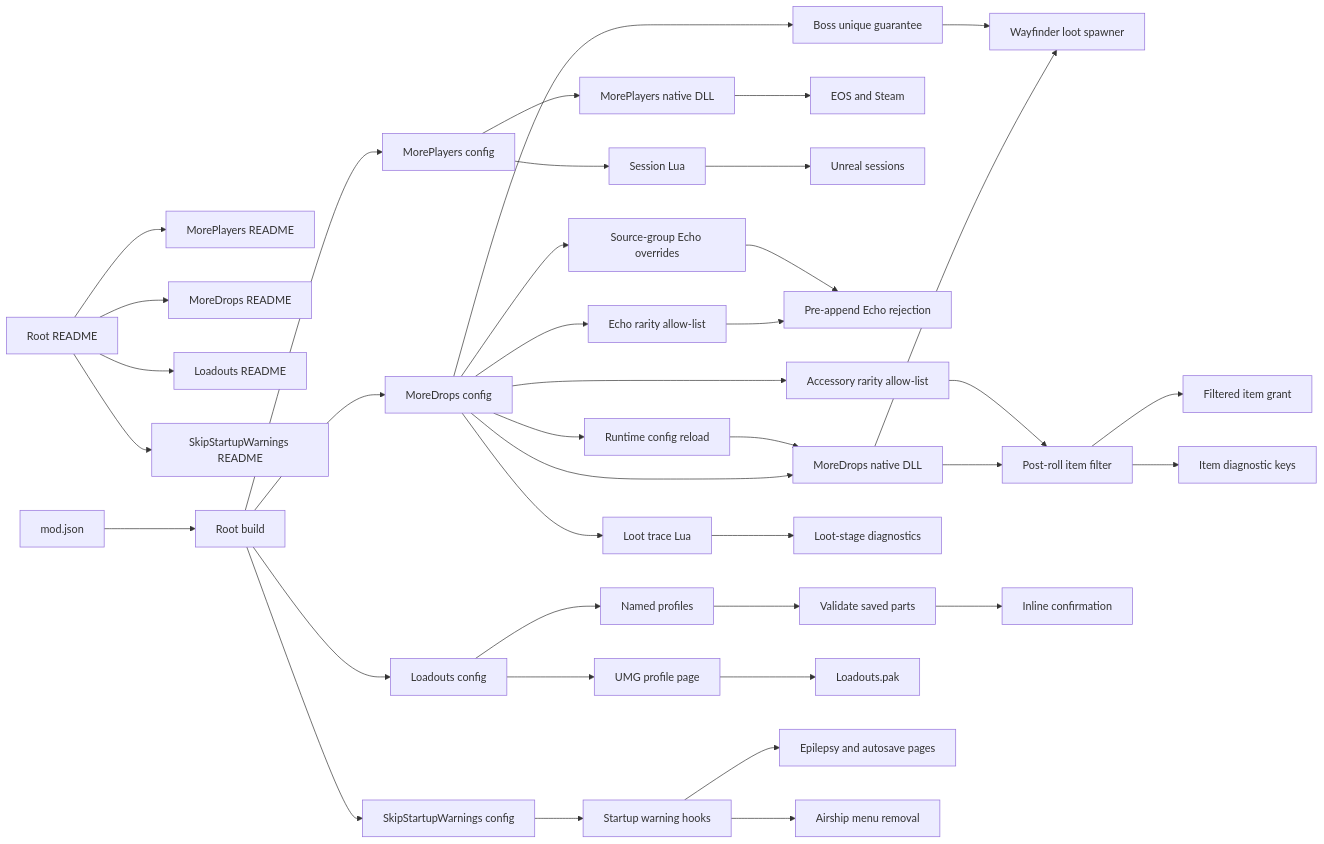
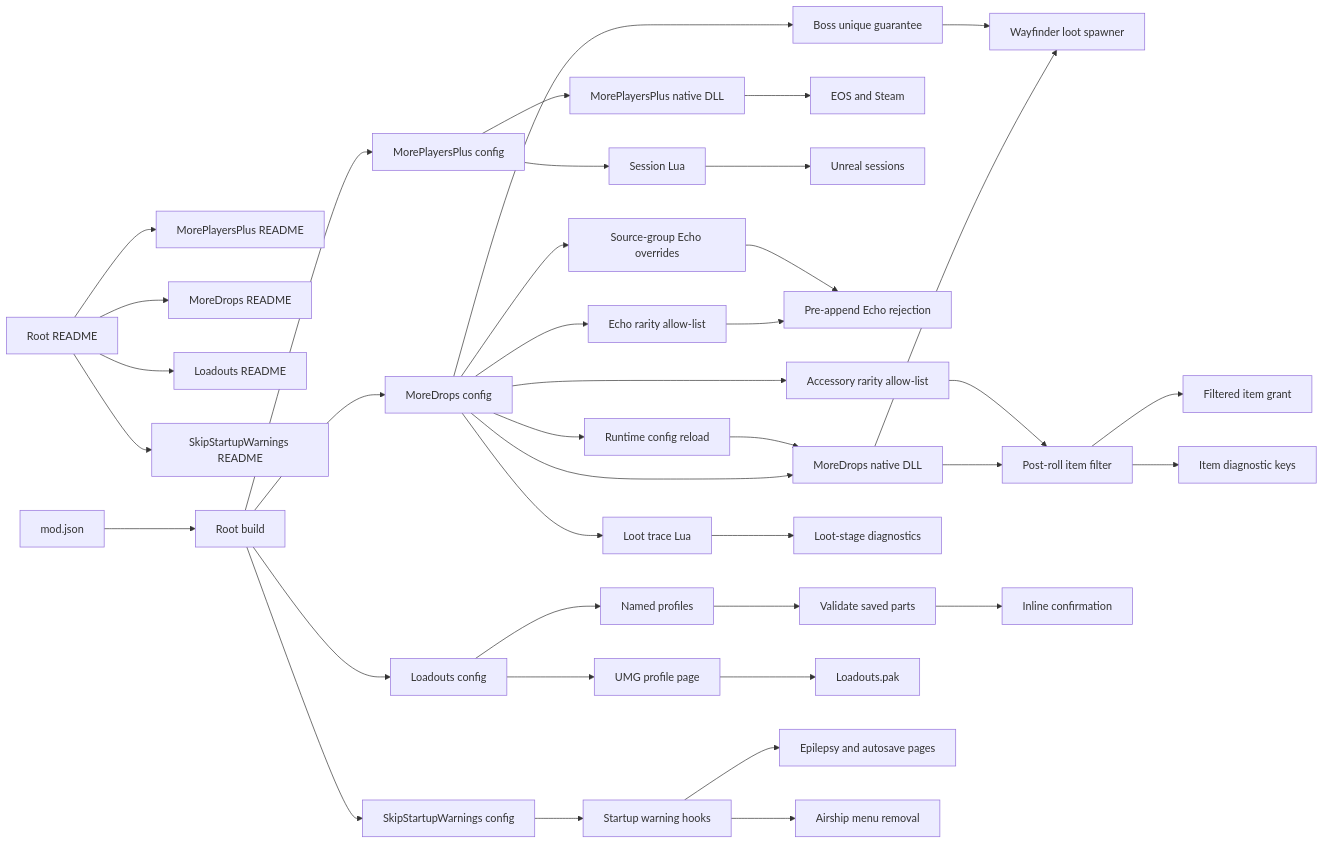
Before and after one commit to TheAngryByrd/Wayfinder-Mods: the diagram in lode/summary.md, drawn with Mermaid. The commit also changed other lines of this file and 29 other files, not shown here.

First line of the commit message:
Rename MorePlayers to MorePlayersPlus for the Nexus Mods release

````diff
--- a/lode/summary.md
+++ b/lode/summary.md
@@ -19,41 +19,41 @@
 ```mermaid
 flowchart LR
-    Catalog[Root README] --> Players[MorePlayers README]
+    Catalog[Root README] --> Players[MorePlayersPlus README]
     Catalog --> Drops[MoreDrops README]
     Catalog --> Loadouts[Loadouts README]
     Catalog --> Startup[SkipStartupWarnings README]
     Manifest[mod.json] --> Build[Root build]
-    Build --> PlayersConfig[MorePlayers config]
+    Build --> PlayersConfig[MorePlayersPlus config]
     Build --> DropsConfig[MoreDrops config]
     Build --> LoadoutsConfig[Loadouts config]
     Build --> StartupConfig[SkipStartupWarnings config]
-    PlayersConfig --> PlayerNative[MorePlayers native DLL]
+    PlayersConfig --> PlayerNative[MorePlayersPlus native DLL]
     PlayersConfig --> SessionLua[Session Lua]
     DropsConfig --> LootNative[MoreDrops native DLL]
     DropsConfig --> ConfigReload[Runtime config reload]
     ConfigReload --> LootNative
     DropsConfig --> LootLua[Loot trace Lua]
     PlayerNative --> Online[EOS and Steam]
     SessionLua --> Unreal[Unreal sessions]
     LootNative --> Spawner[Wayfinder loot spawner]
     LootNative --> ItemFilter[Post-roll item filter]
     ItemFilter --> ItemGrant[Filtered item grant]
     DropsConfig --> EchoSetting[Echo rarity allow-list]
     EchoSetting --> EchoReject[Pre-append Echo rejection]
     DropsConfig --> AccessorySetting[Accessory rarity allow-list]
     AccessorySetting --> ItemFilter
     DropsConfig --> BossSetting[Boss unique guarantee]
     BossSetting --> Spawner
     DropsConfig --> EchoOverride[Source-group Echo overrides]
     EchoOverride --> EchoReject
     ItemFilter --> ItemLog[Item diagnostic keys]
     LootLua --> Trace[Loot-stage diagnostics]
     LoadoutsConfig --> Profiles[Named profiles]
     Profiles --> Validate[Validate saved parts]
     Validate --> Confirm[Inline confirmation]
     LoadoutsConfig --> LoadoutsUI[UMG profile page]
     LoadoutsUI --> LoadoutsPak[Loadouts.pak]
     StartupConfig[SkipStartupWarnings config] --> WarningHooks[Startup warning hooks]
     WarningHooks --> WarningPages[Epilepsy and autosave pages]
     WarningHooks --> MenuExit[Airship menu removal]
 ```
````
